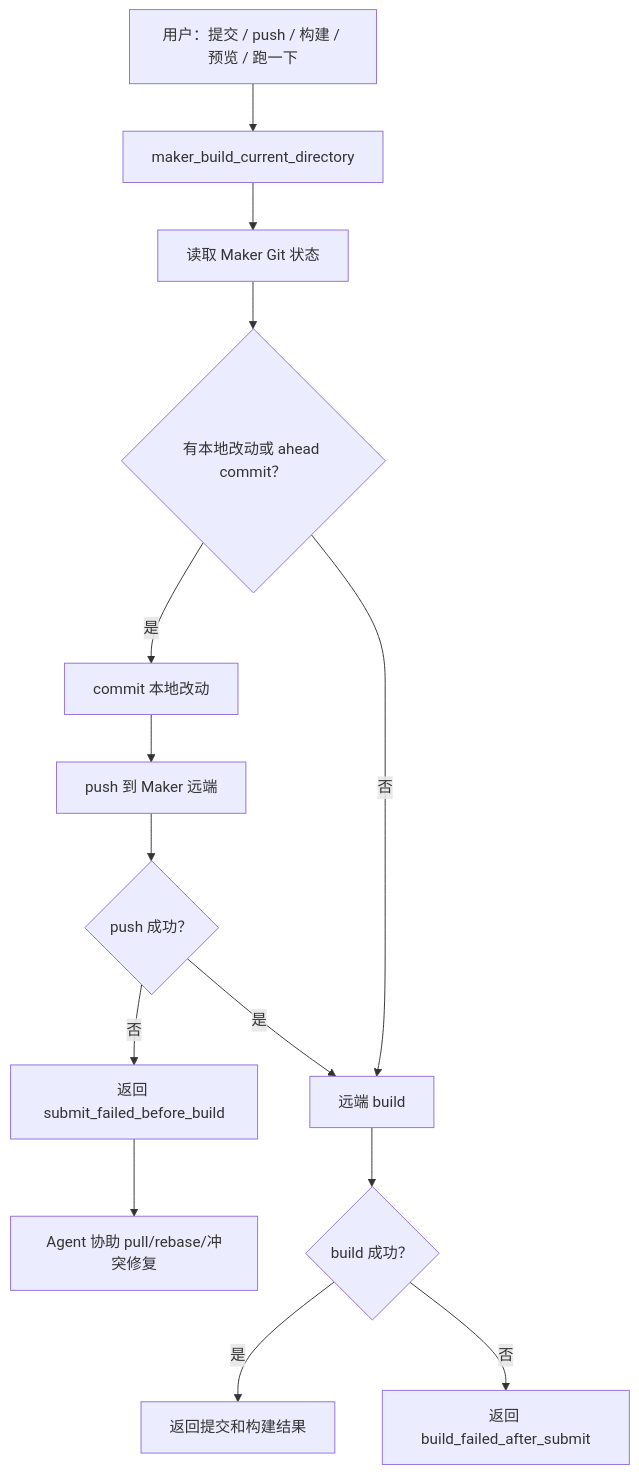
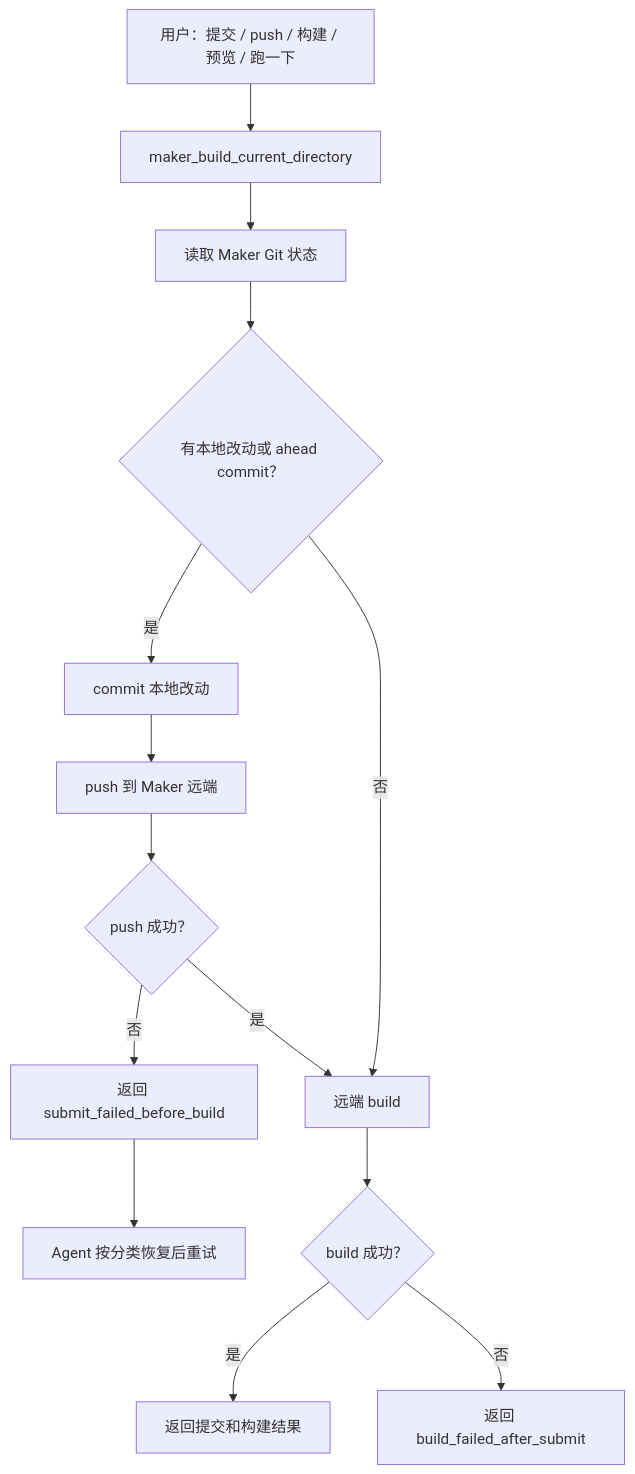
One commit to taptap/instant-games-open-mcp changed the second of 2 diagrams in docs/MAKER_CLI_MCP_SKILL_REWORK_OVERVIEW.md. Above: the diagram before and after it, drawn with Mermaid. The commit also changed other lines of this file and 8 other files, not shown here.

````diff
--- a/docs/MAKER_CLI_MCP_SKILL_REWORK_OVERVIEW.md
+++ b/docs/MAKER_CLI_MCP_SKILL_REWORK_OVERVIEW.md
@@ -122,16 +126,16 @@
 ```mermaid
 flowchart TD
   A["用户：提交 / push / 构建 / 预览 / 跑一下"] --> B["maker_build_current_directory"]
   B --> C["读取 Maker Git 状态"]
   C --> D{"有本地改动或 ahead commit？"}
   D -- "否" --> H["直接远端 build"]
   D -- "是" --> E["commit 本地改动"]
   E --> F["push 到 Maker 远端"]
   F --> G{"push 成功？"}
   G -- "否" --> G1["返回 submit_failed_before_build"]
-  G1 --> G2["Agent 协助 pull/rebase/冲突修复"]
+  G1 --> G2["Agent 按分类恢复后重试"]
   G -- "是" --> H["远端 build"]
   H --> I{"build 成功？"}
   I -- "是" --> I1["返回提交和构建结果"]
   I -- "否" --> I2["返回 build_failed_after_submit"]
 ```
````
